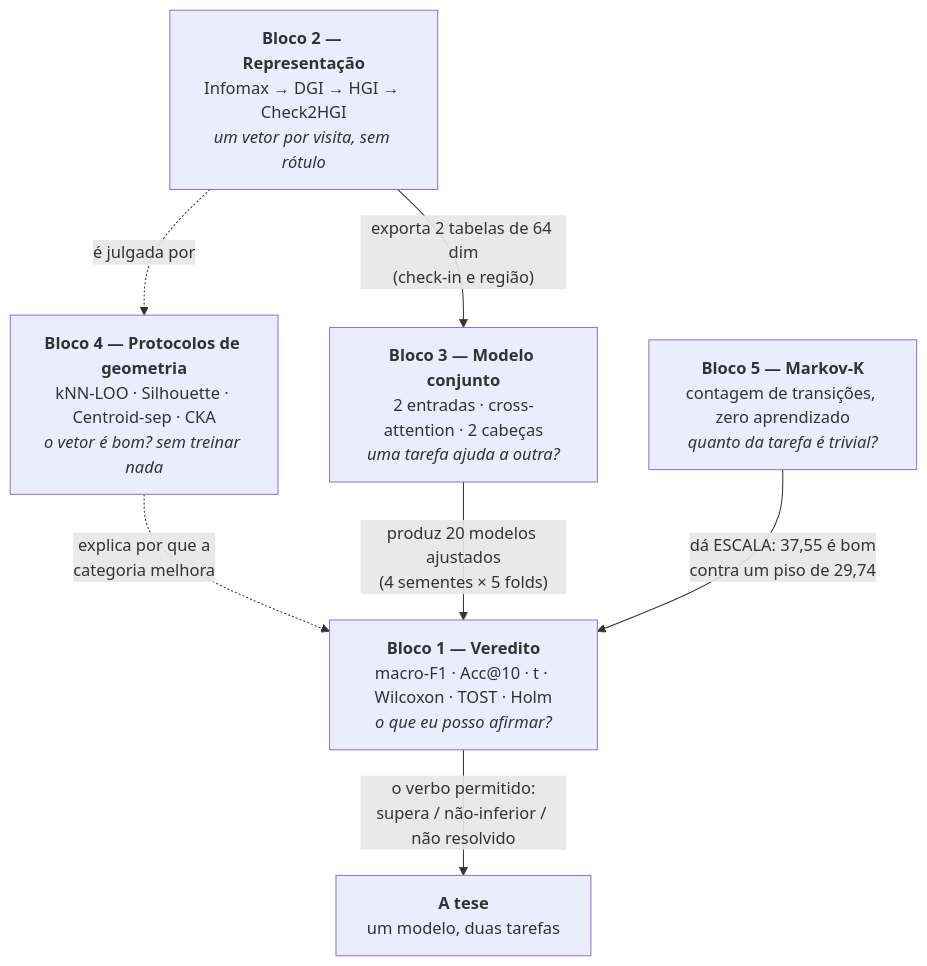
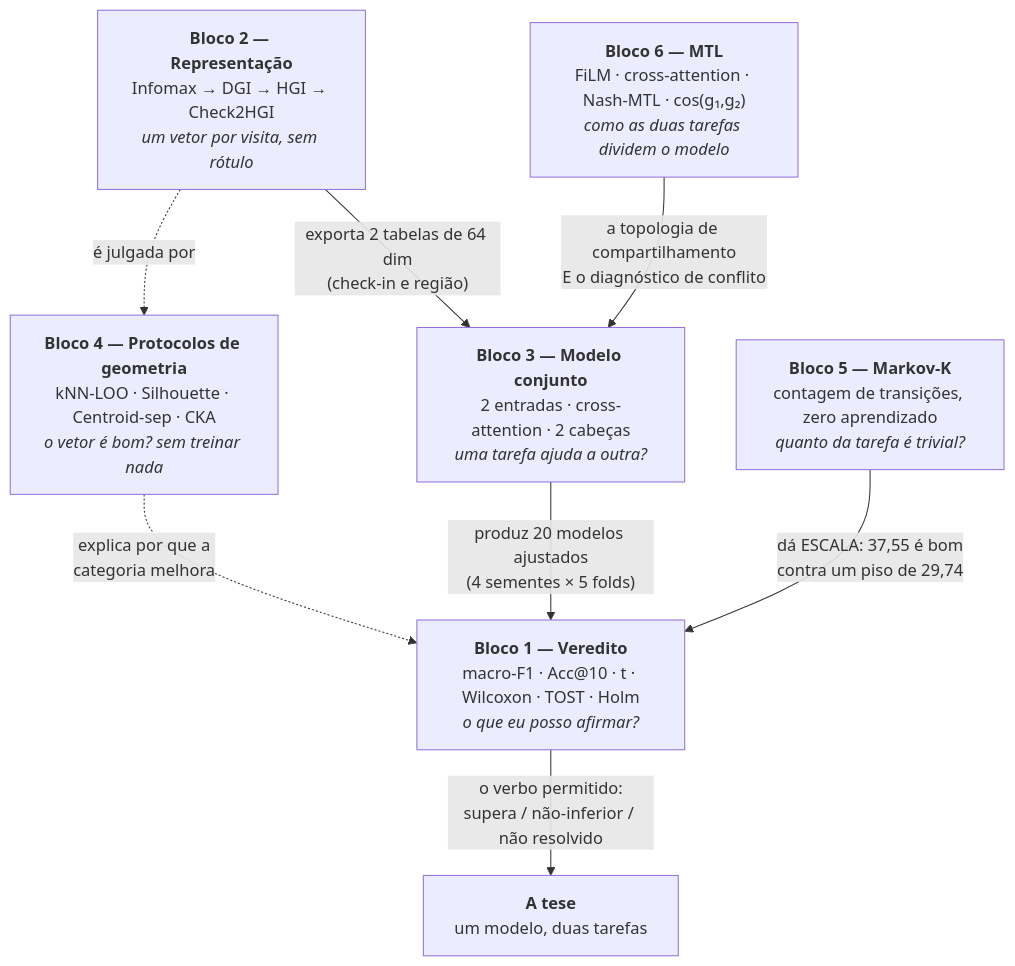
Before and after one commit to VitorHugoOli/PoiMtlNet: the first of 6 diagrams in articles/dissertacao/wrapup/ESTUDOS_DEFESA.md, drawn with Mermaid. The commit also changed other lines of this file and 2 other files, not shown here.

First line of the commit message:
estudos: bloco 6 -- MTL, e as duas secoes de estudo rapido

````diff
--- a/articles/dissertacao/wrapup/ESTUDOS_DEFESA.md
+++ b/articles/dissertacao/wrapup/ESTUDOS_DEFESA.md
@@ -51,16 +60,18 @@
 ```mermaid
 flowchart TB
     A["<b>Bloco 2 — Representação</b><br/>Infomax → DGI → HGI → Check2HGI<br/><i>um vetor por visita, sem rótulo</i>"]
     B["<b>Bloco 4 — Protocolos de geometria</b><br/>kNN-LOO · Silhouette · Centroid-sep · CKA<br/><i>o vetor é bom? sem treinar nada</i>"]
     C["<b>Bloco 3 — Modelo conjunto</b><br/>2 entradas · cross-attention · 2 cabeças<br/><i>uma tarefa ajuda a outra?</i>"]
     D["<b>Bloco 1 — Veredito</b><br/>macro-F1 · Acc@10 · t · Wilcoxon · TOST · Holm<br/><i>o que eu posso afirmar?</i>"]
 
     M["<b>Bloco 5 — Markov-K</b><br/>contagem de transições, zero aprendizado<br/><i>quanto da tarefa é trivial?</i>"]
 
     A -->|"exporta 2 tabelas de 64 dim<br/>(check-in e região)"| C
     A -.->|"é julgada por"| B
     B -.->|"explica por que a<br/>categoria melhora"| D
     C -->|"produz 20 modelos ajustados<br/>(4 sementes × 5 folds)"| D
     M -->|"dá ESCALA: 37,55 é bom<br/>contra um piso de 29,74"| D
+    T["<b>Bloco 6 — MTL</b><br/>FiLM · cross-attention · Nash-MTL · cos(g₁,g₂)<br/><i>como as duas tarefas dividem o modelo</i>"]
+    T -->|"a topologia de compartilhamento<br/>E o diagnóstico de conflito"| C
     D -->|"o verbo permitido:<br/>supera / não-inferior / não resolvido"| E["<b>A tese</b><br/>um modelo, duas tarefas"]
 ```
````
